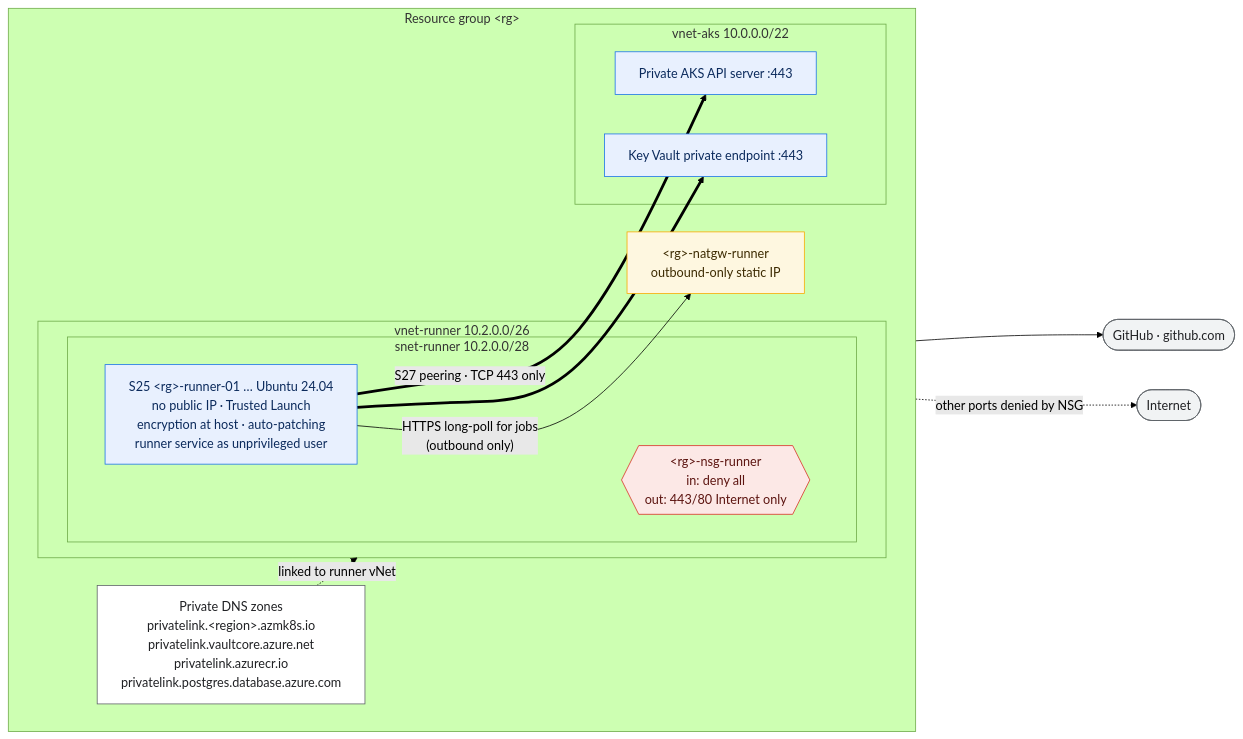
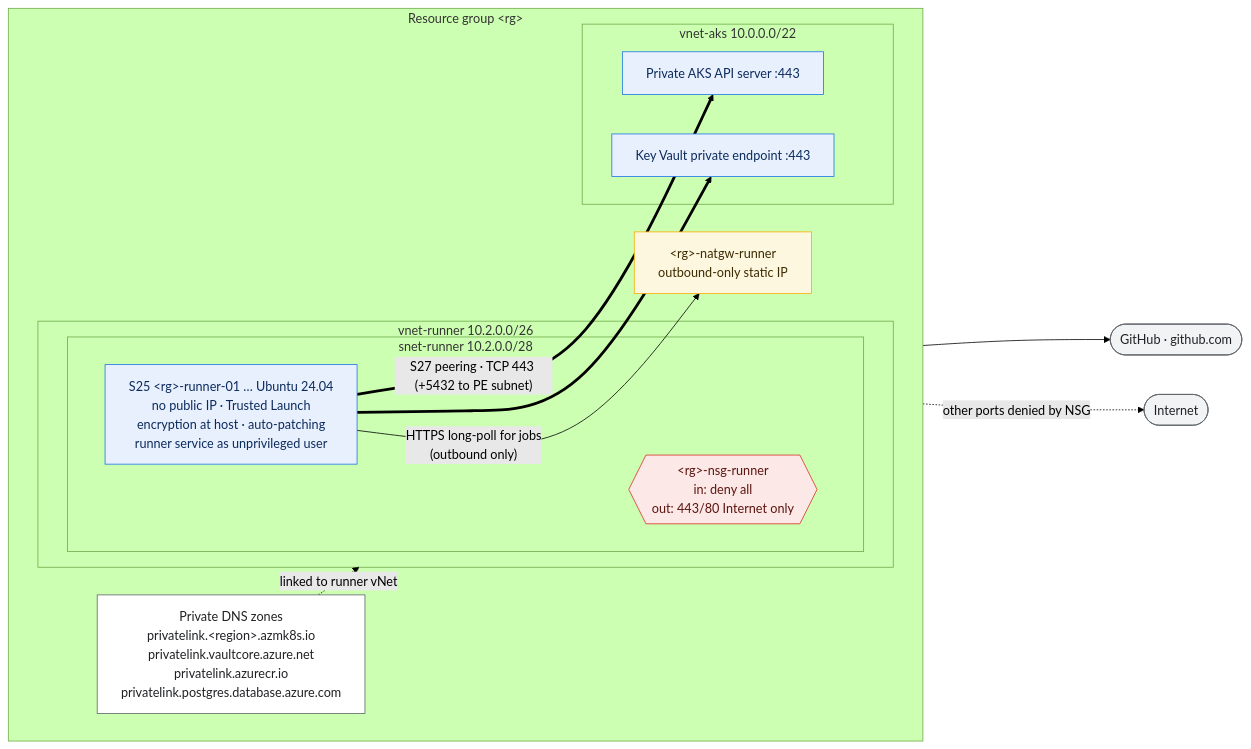
One commit to slakhani10/aks changed the fifth of 5 diagrams in docs/architecture.md. Above: the diagram before and after it, drawn with Mermaid (forest theme). The commit also changed other lines of this file and 4 other files, not shown here.

````diff
--- a/docs/architecture.md
+++ b/docs/architecture.md
@@ -237,34 +237,34 @@
 ```mermaid
 %%{init: {"flowchart": {"wrappingWidth": 360}}}%%
 flowchart LR
     classDef sec fill:#e8f0fe,stroke:#1a73e8,color:#0b2a5c
     classDef nsg fill:#fce8e6,stroke:#d93025,color:#5c1410
     classDef res fill:#ffffff,stroke:#5f6368,color:#202124
     classDef pub fill:#fef7e0,stroke:#f9ab00,color:#3c2a00
     classDef ext fill:#f1f3f4,stroke:#5f6368,color:#202124
 
     GH(["GitHub · github.com"]):::ext
     INET(["Internet"]):::ext
 
     subgraph RG["Resource group #lt;rg#gt;"]
         direction LR
         subgraph RVNET["vnet-runner 10.2.0.0/26"]
             subgraph RSUB["snet-runner 10.2.0.0/28"]
                 RNSG{{"#lt;rg#gt;-nsg-runner<br/>in: deny all<br/>out: 443/80 Internet only"}}:::nsg
                 VM["S25 #lt;rg#gt;-runner-01 … Ubuntu 24.04<br/>no public IP · Trusted Launch<br/>encryption at host · auto-patching<br/>runner service as unprivileged user"]:::sec
             end
         end
         NAT["#lt;rg#gt;-natgw-runner<br/>outbound-only static IP"]:::pub
         subgraph AVNET["vnet-aks 10.0.0.0/22"]
             API["Private AKS API server :443"]:::sec
             PEKV["Key Vault private endpoint :443"]:::sec
         end
         DNS["Private DNS zones<br/>privatelink.#lt;region#gt;.azmk8s.io<br/>privatelink.vaultcore.azure.net<br/>privatelink.azurecr.io<br/>privatelink.postgres.database.azure.com"]:::res
     end
 
     VM -->|"HTTPS long-poll for jobs<br/>(outbound only)"| NAT --> GH
     NAT -.->|"other ports denied by NSG"| INET
-    VM ==>|"S27 peering · TCP 443 only"| API
+    VM ==>|"S27 peering · TCP 443 (+5432 to PE subnet)"| API
     VM ==> PEKV
     DNS -.->|"linked to runner vNet"| RVNET
 ```
````
